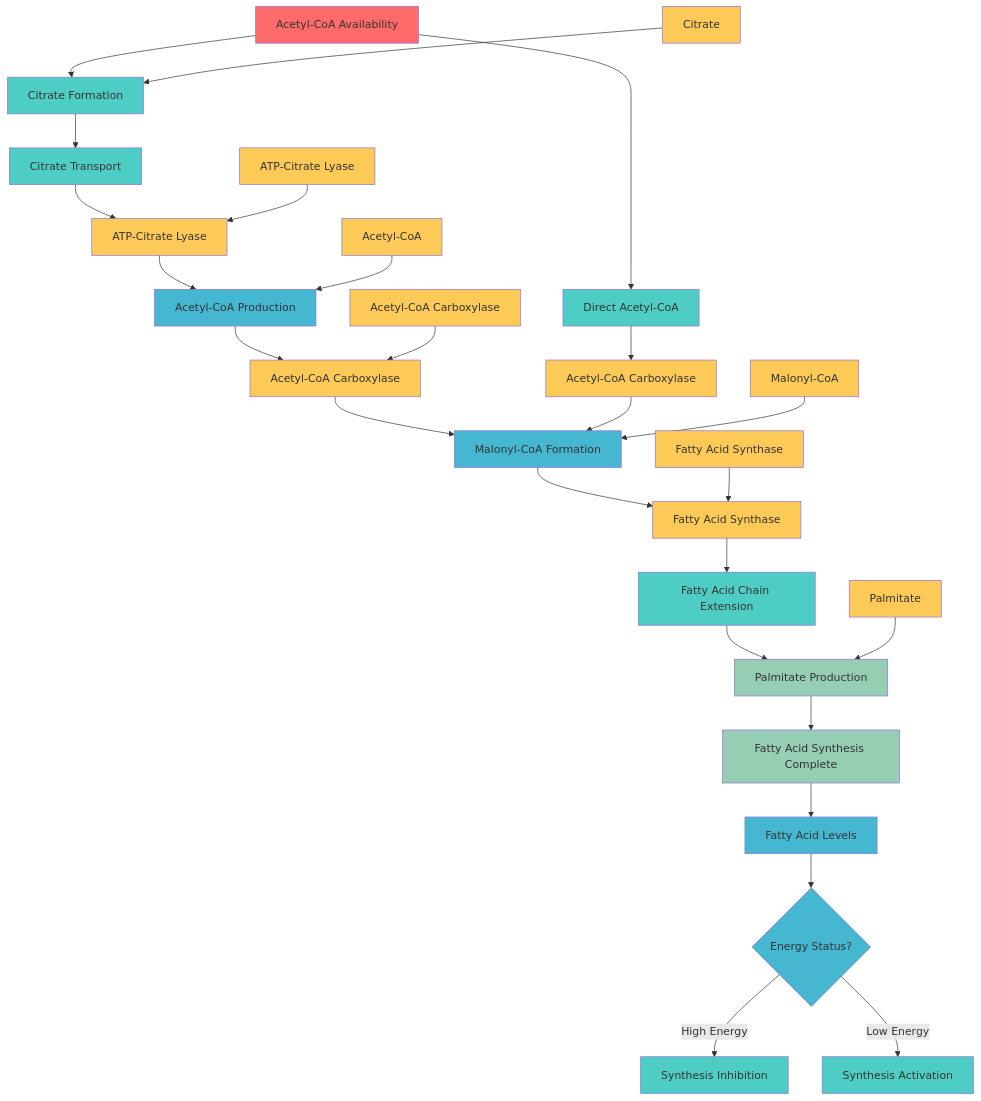
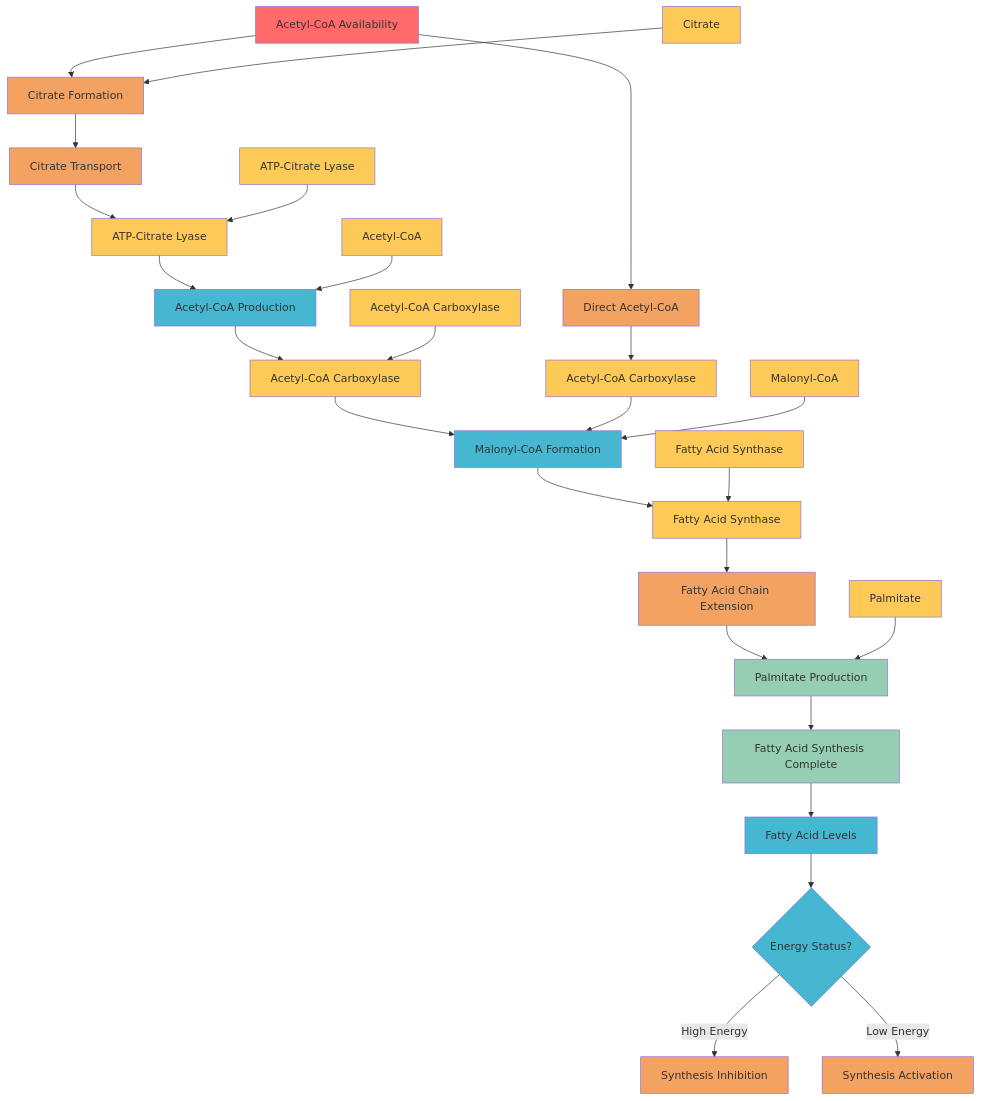
The diagram in docs/paper/community/contributions/new_charts/batch6_01_fatty_acid_synthesis.mmd (garywelz/glmp), drawn with Mermaid before and after one commit. The commit also changed 252 other files, not shown here.

Commit message:
Palette migration: replace teal with orange for catalysts across Mermaid HTML/MMD; update legends, strokes, and narrative text; unify emojis and theme variables

```diff
--- a/docs/paper/community/contributions/new_charts/batch6_01_fatty_acid_synthesis.mmd
+++ b/docs/paper/community/contributions/new_charts/batch6_01_fatty_acid_synthesis.mmd
@@ -1,57 +1,57 @@
 graph TD
     A[Acetyl-CoA Availability] --> B[Citrate Formation]
     B --> C[Citrate Transport]
     C --> D[ATP-Citrate Lyase]
     D --> E[Acetyl-CoA Production]
     E --> F[Acetyl-CoA Carboxylase]
     F --> G[Malonyl-CoA Formation]
     G --> H[Fatty Acid Synthase]
     H --> I[Fatty Acid Chain Extension]
     I --> J[Palmitate Production]
     J --> K[Fatty Acid Synthesis Complete]
     
     %% Alternative pathway
     A --> L[Direct Acetyl-CoA]
     L --> M[Acetyl-CoA Carboxylase]
     M --> G
     
     %% Regulation
     K --> N[Fatty Acid Levels]
     N --> O{Energy Status?}
     O -->|High Energy| P[Synthesis Inhibition]
     O -->|Low Energy| Q[Synthesis Activation]
     
     %% Key proteins
     R[ATP-Citrate Lyase] --> D
     S[Acetyl-CoA Carboxylase] --> F
     T[Fatty Acid Synthase] --> H
     U[Citrate] --> B
     V[Malonyl-CoA] --> G
     W[Palmitate] --> J
     X[Acetyl-CoA] --> E
     
     %% Styling
     style A fill:#ff6b6b
-    style B fill:#4ecdc4
-    style C fill:#4ecdc4
+    style B fill:#f4a261
+    style C fill:#f4a261
     style D fill:#feca57
     style E fill:#45b7d1
     style F fill:#feca57
     style G fill:#45b7d1
     style H fill:#feca57
-    style I fill:#4ecdc4
+    style I fill:#f4a261
     style J fill:#96ceb4
     style K fill:#96ceb4
-    style L fill:#4ecdc4
+    style L fill:#f4a261
     style M fill:#feca57
     style N fill:#45b7d1
     style O fill:#45b7d1
-    style P fill:#4ecdc4
-    style Q fill:#4ecdc4
+    style P fill:#f4a261
+    style Q fill:#f4a261
     style R fill:#feca57
     style S fill:#feca57
     style T fill:#feca57
     style U fill:#feca57
     style V fill:#feca57
     style W fill:#feca57
     style X fill:#feca57
```
